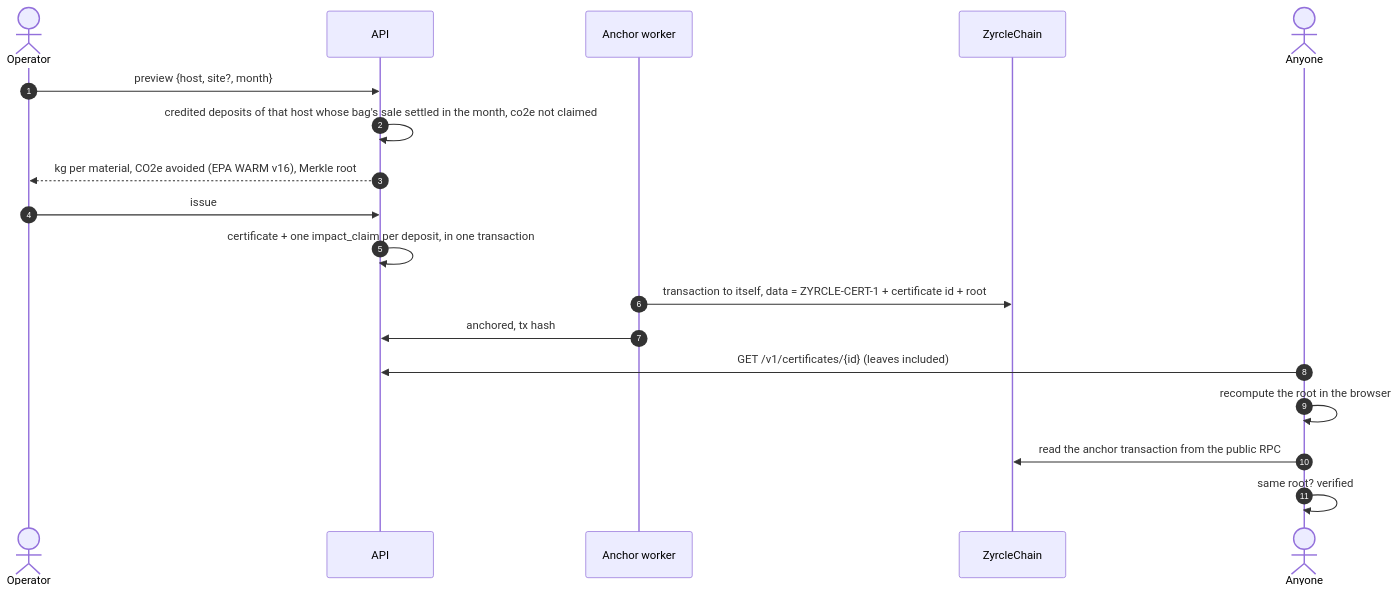
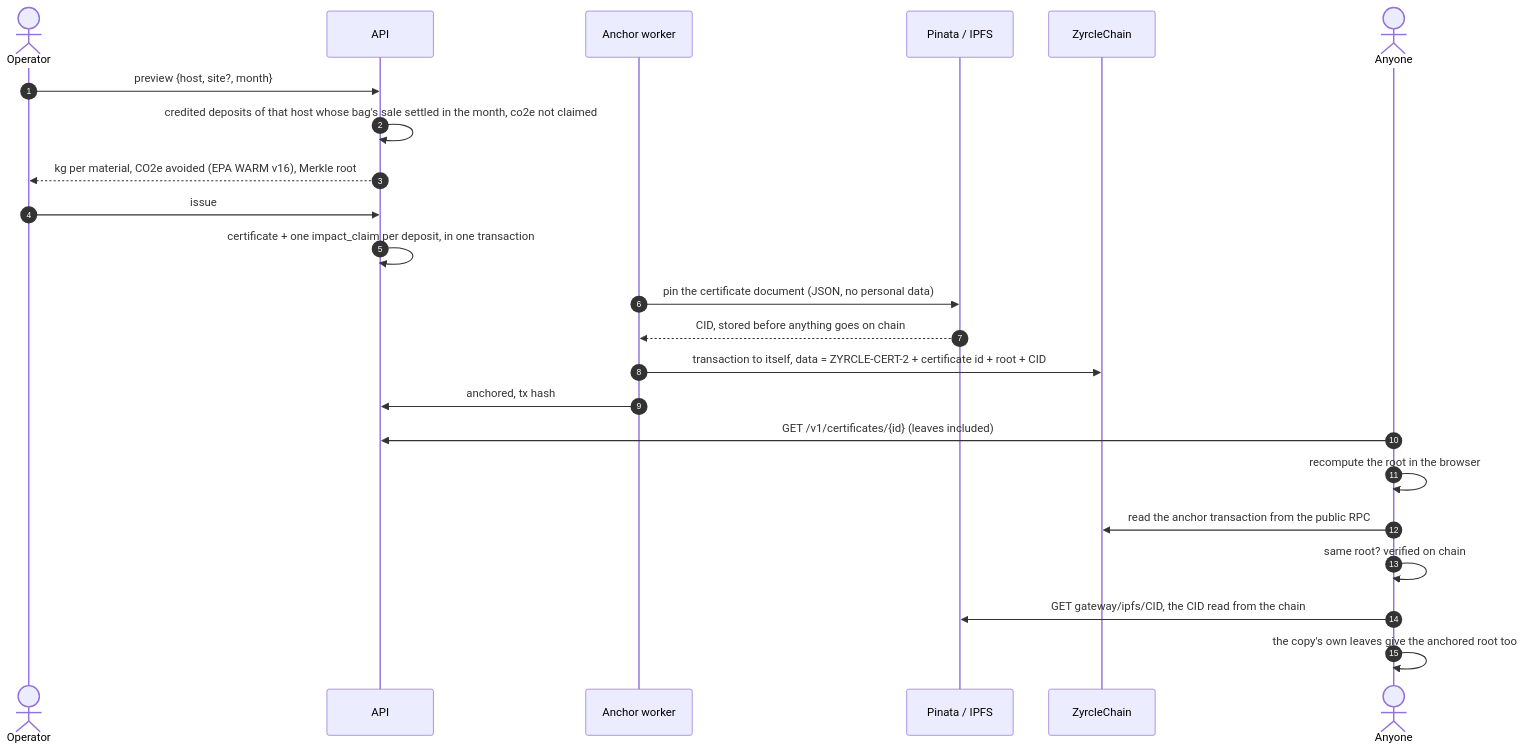
The sixth of 10 diagrams in docs/flows.md (diegowritescode/zyrcle), drawn with Mermaid before and after one commit. The commit also changed other lines of this file and 26 other files, not shown here.

First line of the commit message:
Impact certificates get a permanent public copy on IPFS (ADR 0027 amendment)

````diff
--- a/docs/flows.md
+++ b/docs/flows.md
@@ -182,20 +185,25 @@
 ```mermaid
 sequenceDiagram
     autonumber
     actor Op as Operator
     participant API
     participant W as Anchor worker
+    participant P as Pinata / IPFS
     participant L1 as ZyrcleChain
     actor V as Anyone
     Op->>API: preview {host, site?, month}
     API->>API: credited deposits of that host whose bag's sale settled in the month, co2e not claimed
     API-->>Op: kg per material, CO2e avoided (EPA WARM v16), Merkle root
     Op->>API: issue
     API->>API: certificate + one impact_claim per deposit, in one transaction
-    W->>L1: transaction to itself, data = ZYRCLE-CERT-1 + certificate id + root
+    W->>P: pin the certificate document (JSON, no personal data)
+    P-->>W: CID, stored before anything goes on chain
+    W->>L1: transaction to itself, data = ZYRCLE-CERT-2 + certificate id + root + CID
     W->>API: anchored, tx hash
     V->>API: GET /v1/certificates/{id} (leaves included)
     V->>V: recompute the root in the browser
     V->>L1: read the anchor transaction from the public RPC
-    V->>V: same root? verified
+    V->>V: same root? verified on chain
+    V->>P: GET gateway/ipfs/CID, the CID read from the chain
+    V->>V: the copy's own leaves give the anchored root too
 ```
````
